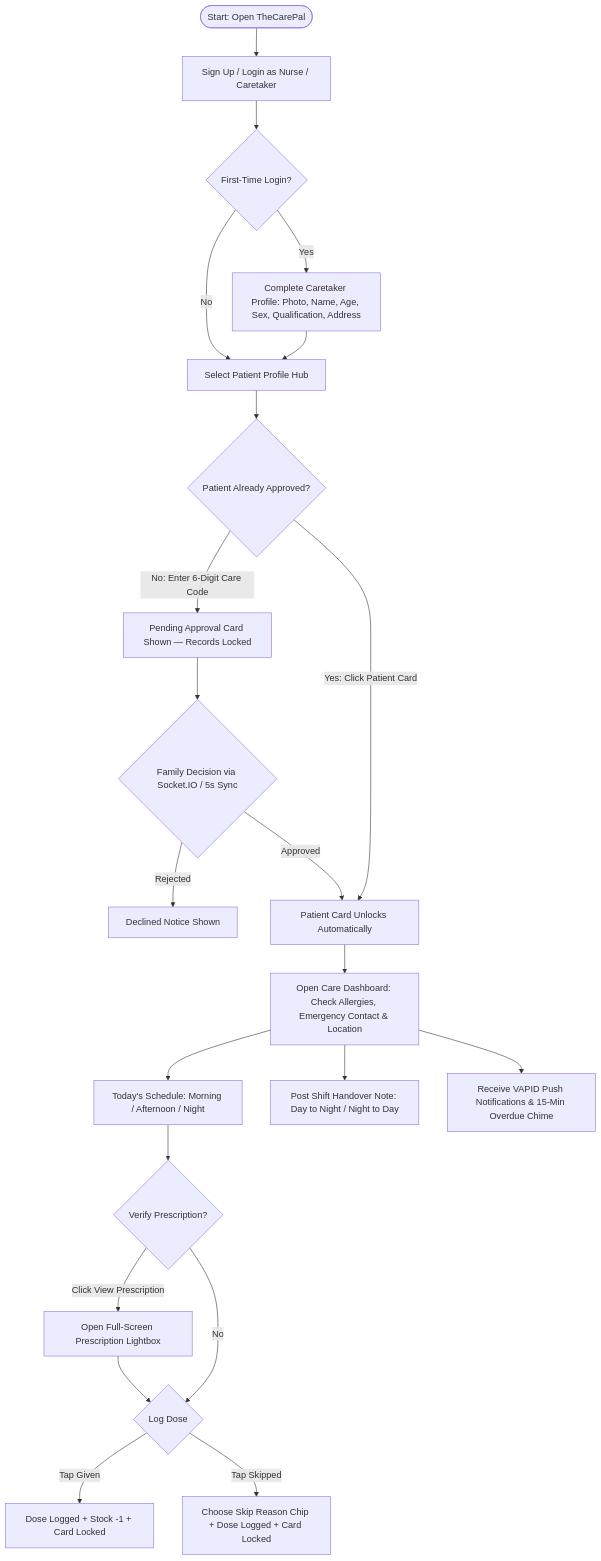
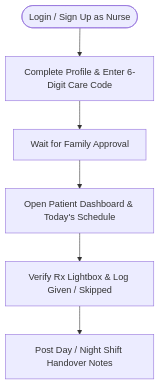
The second of 3 diagrams in README.md (nehalikareddy/TheCarePal), drawn with Mermaid before and after one commit. The commit also changed other lines of this file, not shown here.

Commit message:
Simplify system flowcharts in README

````diff
--- a/README.md
+++ b/README.md
@@ -68,29 +36,8 @@
 ```mermaid
 flowchart TD
-    A([Start: Open TheCarePal]) --> B[Sign Up / Login as Nurse / Caretaker]
-    B --> C{First-Time Login?}
-    C -- Yes --> D[Complete Caretaker Profile: Photo, Name, Age, Sex, Qualification, Address]
-    C -- No --> E[Select Patient Profile Hub]
-    D --> E
-
-    E --> F{Patient Already Approved?}
-    F -- No: Enter 6-Digit Care Code --> G[Pending Approval Card Shown — Records Locked]
-    G --> H{Family Decision via Socket.IO / 5s Sync}
-    H -- Rejected --> I[Declined Notice Shown]
-    H -- Approved --> J[Patient Card Unlocks Automatically]
-
-    F -- Yes: Click Patient Card --> J
-
-    J --> K[Open Care Dashboard: Check Allergies, Emergency Contact & Location]
-    K --> L[Today's Schedule: Morning / Afternoon / Night]
-    L --> M{Verify Prescription?}
-    M -- Click View Prescription --> N[Open Full-Screen Prescription Lightbox]
-    N --> O{Log Dose}
-    M -- No --> O
-
-    O -- Tap Given --> P[Dose Logged + Stock -1 + Card Locked]
-    O -- Tap Skipped --> Q[Choose Skip Reason Chip + Dose Logged + Card Locked]
-
-    K --> R[Post Shift Handover Note: Day to Night / Night to Day]
-    K --> S[Receive VAPID Push Notifications & 15-Min Overdue Chime]
+    A([Login / Sign Up as Nurse]) --> B[Complete Profile & Enter 6-Digit Care Code]
+    B --> C[Wait for Family Approval]
+    C --> D[Open Patient Dashboard & Today's Schedule]
+    D --> E[Verify Rx Lightbox & Log Given / Skipped]
+    E --> F[Post Day / Night Shift Handover Notes]
 ```
````
